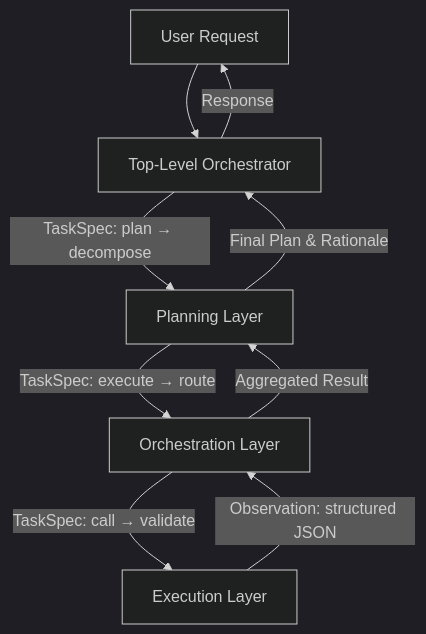
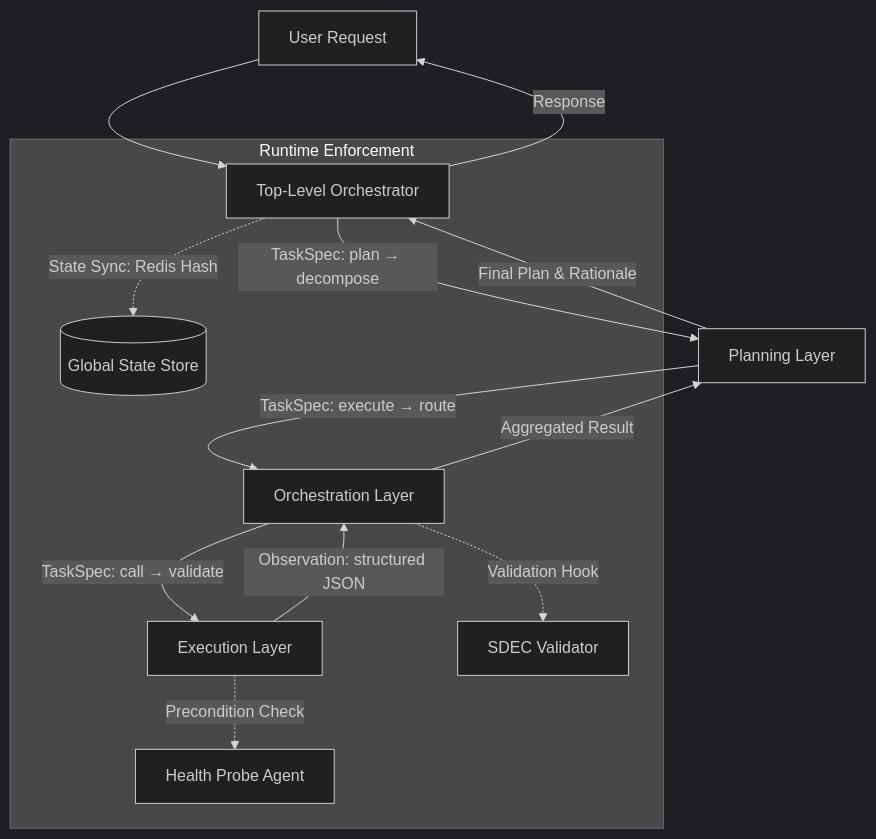
Before and after one commit to liuwei1993/ai-llm-agent-knowledge: the diagram in 07-Multi-Agent系统/层级式架构.md, drawn with Mermaid (dark theme). The commit also changed other lines of this file and 1 other file, not shown here.

````diff
--- a/07-Multi-Agent系统/层级式架构.md
+++ b/07-Multi-Agent系统/层级式架构.md
@@ -29,11 +38,16 @@
 ```mermaid
 graph TD
     A[User Request] --> B[Top-Level Orchestrator]
     B -->|TaskSpec: plan → decompose| C[Planning Layer]
     C -->|TaskSpec: execute → route| D[Orchestration Layer]
     D -->|TaskSpec: call → validate| E[Execution Layer]
     E -->|Observation: structured JSON| D
     D -->|Aggregated Result| C
     C -->|Final Plan & Rationale| B
     B -->|Response| A
+    subgraph Runtime Enforcement
+        B -.->|State Sync: Redis Hash| F[(Global State Store)]
+        D -.->|Validation Hook| G[SDEC Validator]
+        E -.->|Precondition Check| H[Health Probe Agent]
+    end
 ```
````
